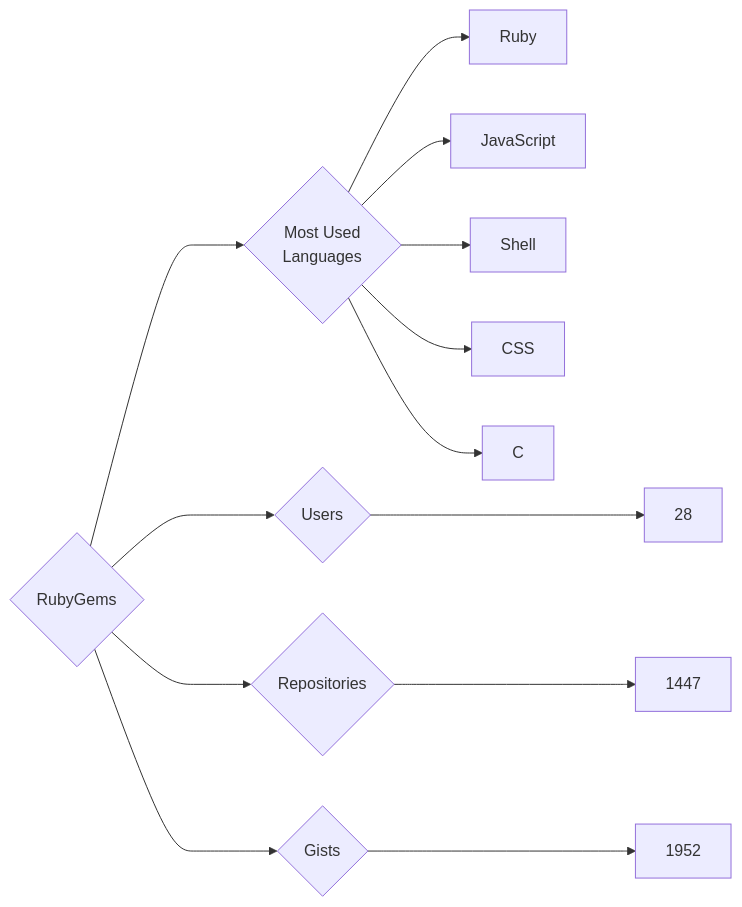
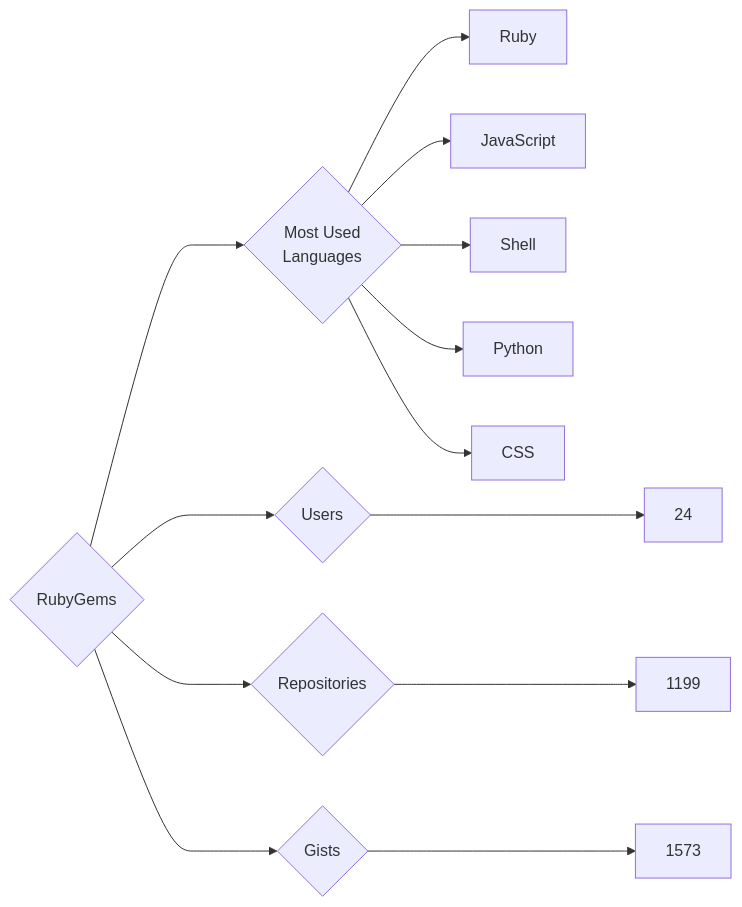
One commit to trickest/insiders changed the diagram in targets/RubyGems/README.md. Above: the diagram before and after it, drawn with Mermaid. The commit also changed 920 other files, not shown here.

````diff
--- a/targets/RubyGems/README.md
+++ b/targets/RubyGems/README.md
@@ -3,13 +3,13 @@
 ```mermaid
 graph LR
 COMPANY_NAME{RubyGems}
-COMPANY_NAME ---> U{Users} ---> UN[28]
-COMPANY_NAME ---> R{Repositories} ---> RN[1447]
-COMPANY_NAME ---> G{Gists} ---> GN[1952]
+COMPANY_NAME ---> U{Users} ---> UN[24]
+COMPANY_NAME ---> R{Repositories} ---> RN[1199]
+COMPANY_NAME ---> G{Gists} ---> GN[1573]
 COMPANY_NAME ---> ML{Most Used<br>Languages}
 ML --> Ruby[Ruby]
 ML --> JavaScript[JavaScript]
 ML --> Shell[Shell]
+ML --> Python[Python]
 ML --> CSS[CSS]
-ML --> C[C]
 ```
````
